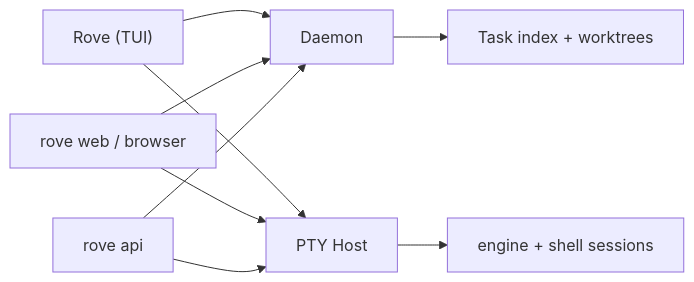
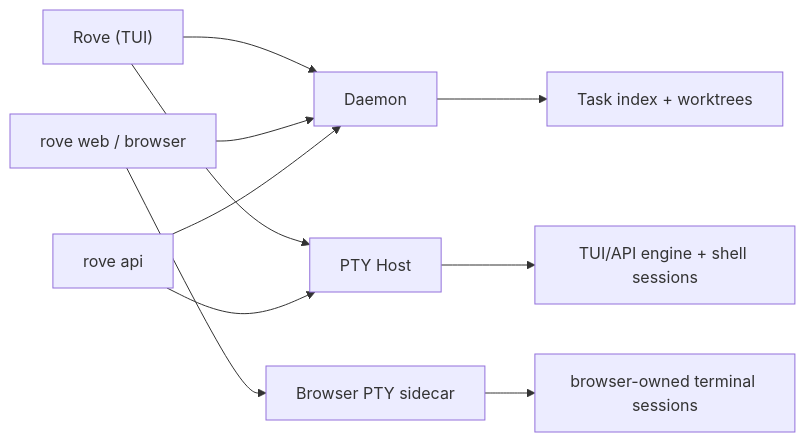
Before and after one commit to Sma1lboy/kobe: the diagram in docs/CONCEPTS.md, drawn with Mermaid. The commit also changed other lines of this file and 34 other files, not shown here.

````diff
--- a/docs/CONCEPTS.md
+++ b/docs/CONCEPTS.md
@@ -71,11 +100,12 @@
 ```mermaid
 flowchart LR
   TUI["Rove (TUI)"] --> D["Daemon"]
   WEB["rove web / browser"] --> D
   API["rove api"] --> D
   TUI --> P["PTY Host"]
-  WEB --> P
   API --> P
+  WEB --> BP["Browser PTY sidecar"]
   D --> IDX["Task index + worktrees"]
-  P --> E["engine + shell sessions"]
+  P --> E["TUI/API engine + shell sessions"]
+  BP --> BE["browser-owned terminal sessions"]
 ```
````
